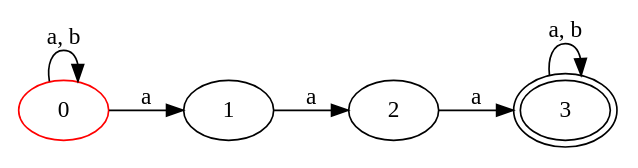
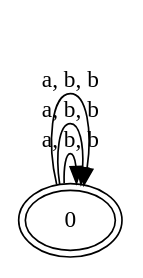
Before and after one commit to userdigitaldevil/automata: the diagram in affichage.dot, drawn with Graphviz. The commit also changed 6 other files, not shown here.

```diff
--- a/affichage.dot
+++ b/affichage.dot
@@ -1,12 +1,7 @@
 digraph a {
  rankdir=LR
-0[ label ="0", color=red ];
-0 -> 0 [ label = "a, b" ];
-0 -> 1 [ label = "a" ];
-1[ label ="1",];
-1 -> 2 [ label = "a" ];
-2[ label ="2",];
-2 -> 3 [ label = "a" ];
-3[ label ="3",peripheries=2 ];
-3 -> 3 [ label = "a, b" ];
+0[ label ="0",peripheries=2 ];
+0 -> 0 [ label = "a, b, b" ];
+0 -> 0 [ label = "a, b, b" ];
+0 -> 0 [ label = "a, b, b" ];
 }
```
